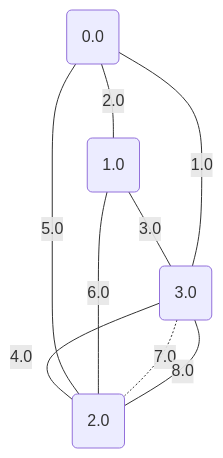
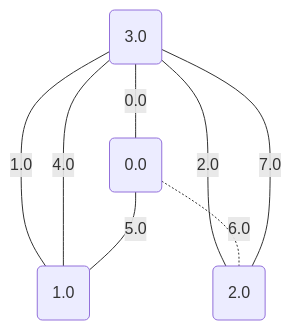
Before and after one commit to metury/graphs: diagram 14 of 17 in project/src/testing/minCutPetersen.md, drawn with Mermaid. The commit also changed other lines of this file and 2 other files, not shown here.

````diff
--- a/project/src/testing/minCutPetersen.md
+++ b/project/src/testing/minCutPetersen.md
@@ -356,15 +354,14 @@
 ```mermaid
 graph TD;
 0("0.0");
 1("1.0");
 2("2.0");
 3("3.0");
-	3 -- "1.0" --- 0;
-	0 -- "2.0" --- 1;
-	1 -- "3.0" --- 3;
-	3 -- "4.0" --- 2;
-	0 -- "5.0" --- 2;
-	1 -- "6.0" --- 2;
-	3 -. "7.0" -.- 2;
-	3 -- "8.0" --- 2;
+	3 -- "0.0" --- 0;
+	3 -- "1.0" --- 1;
+	3 -- "2.0" --- 2;
+	3 -- "4.0" --- 1;
+	0 -- "5.0" --- 1;
+	0 -. "6.0" -.- 2;
+	3 -- "7.0" --- 2;
 ```
````
